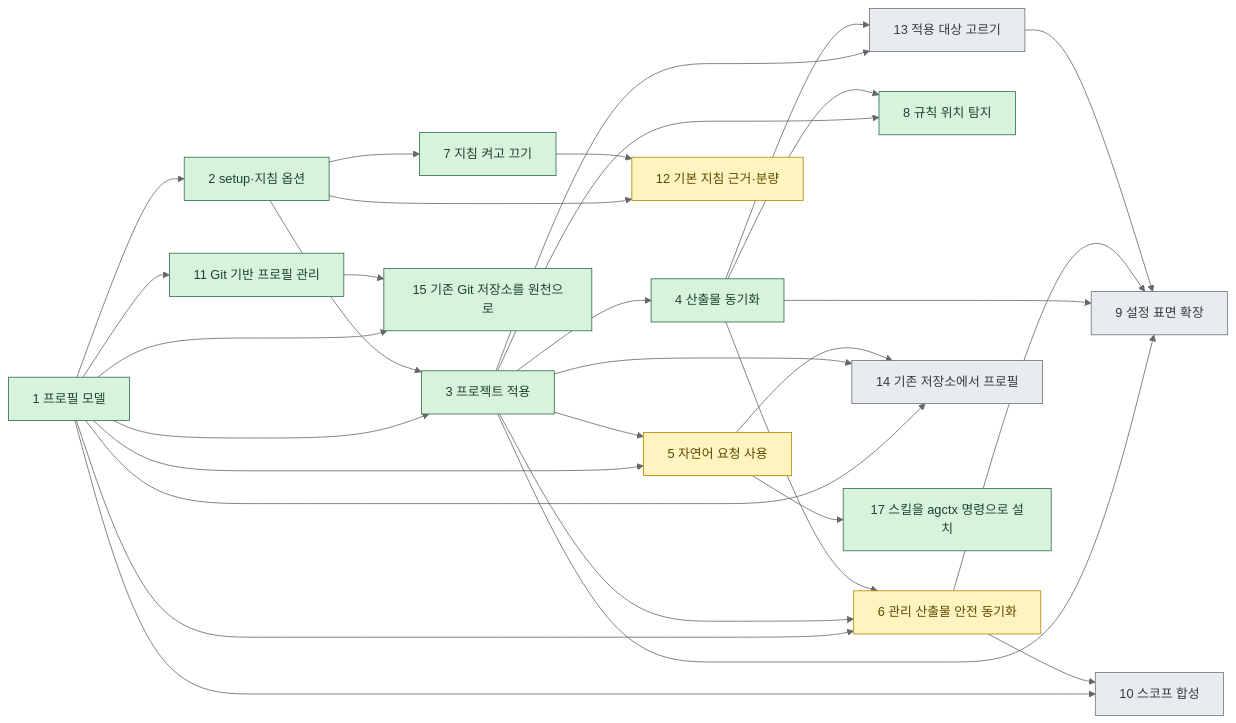
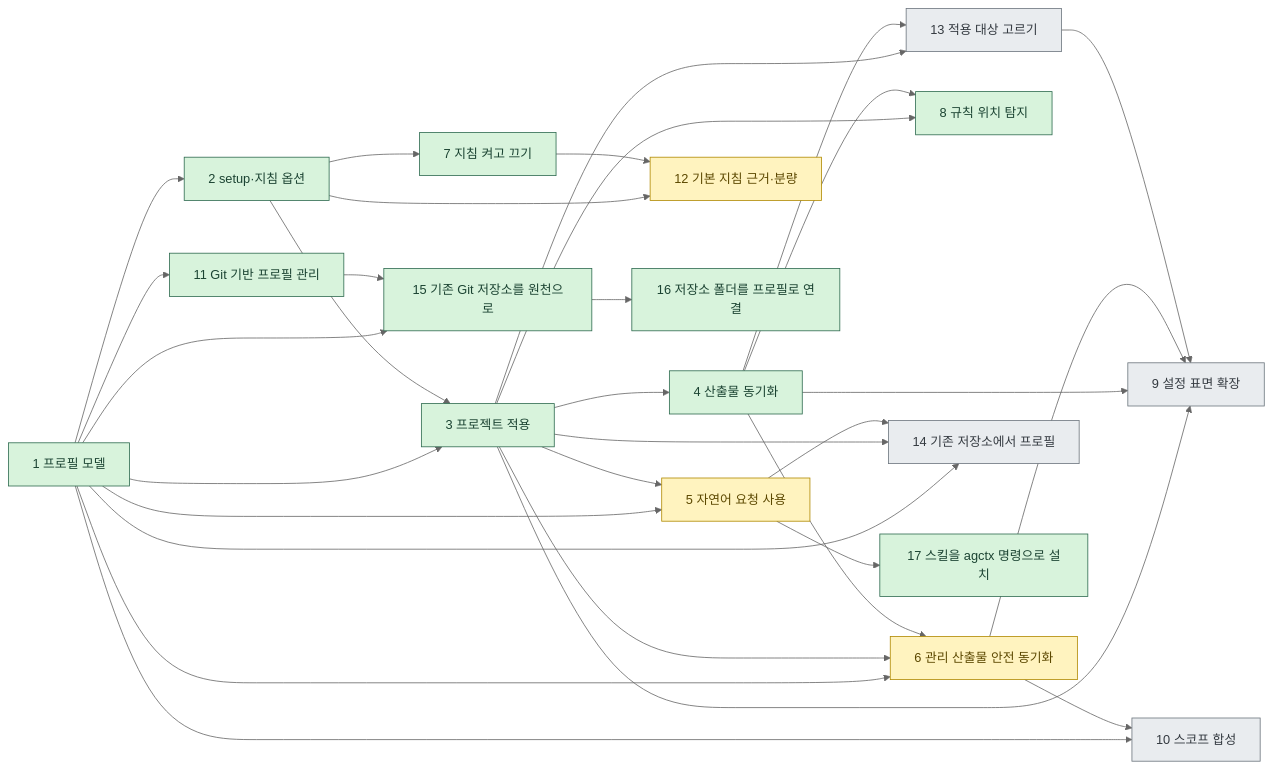
One commit to IsthisLee/agent-context-manager changed the diagram in docs/discussion/architecture/README.md. Above: the diagram before and after it, drawn with Mermaid (neutral theme). The commit also changed other lines of this file and 49 other files, not shown here.

First line of the commit message:
feat: 이미 있는 규칙 저장소 폴더를 profile link로 프로필에 연결한다 (#78)

````diff
--- a/docs/discussion/architecture/README.md
+++ b/docs/discussion/architecture/README.md
@@ -39,40 +40,41 @@
 ```mermaid
 flowchart LR
   S1["1 프로필 모델"] --> S2["2 setup·지침 옵션"]
   S1 --> S3["3 프로젝트 적용"]
   S2 --> S3
   S3 --> S4["4 산출물 동기화"]
   S1 --> S5["5 자연어 요청 사용"]
   S3 --> S5
   S1 --> S6["6 관리 산출물 안전 동기화"]
   S3 --> S6
   S4 --> S6
   S2 --> S7["7 지침 켜고 끄기"]
   S3 --> S8["8 규칙 위치 탐지"]
   S4 --> S8
   S3 --> S9["9 설정 표면 확장"]
   S4 --> S9
   S6 --> S9
   S1 --> S10["10 스코프 합성"]
   S6 --> S10
   S1 --> S11["11 Git 기반 프로필 관리"]
   S2 --> S12["12 기본 지침 근거·분량"]
   S7 --> S12
   S3 --> S13["13 적용 대상 고르기"]
   S4 --> S13
   S13 --> S9
   S1 --> S14["14 기존 저장소에서 프로필"]
   S3 --> S14
   S5 --> S14
   S1 --> S15["15 기존 Git 저장소를 원천으로"]
   S11 --> S15
+  S15 --> S16["16 저장소 폴더를 프로필로 연결"]
   S5 --> S17["17 스킬을 agctx 명령으로 설치"]
   classDef done fill:#d8f3dc,stroke:#2d6a4f,color:#1b4332
   classDef doing fill:#fff3bf,stroke:#b08900,color:#5c4800
   classDef todo fill:#e9ecef,stroke:#6c757d,color:#343a40
   %% agctx:generated:stage-classes:start
-  class S1,S2,S3,S4,S7,S8,S11,S15,S17 done
+  class S1,S2,S3,S4,S7,S8,S11,S15,S16,S17 done
   class S5,S6,S12 doing
   class S9,S10,S13,S14 todo
   %% agctx:generated:stage-classes:end
 ```
````
